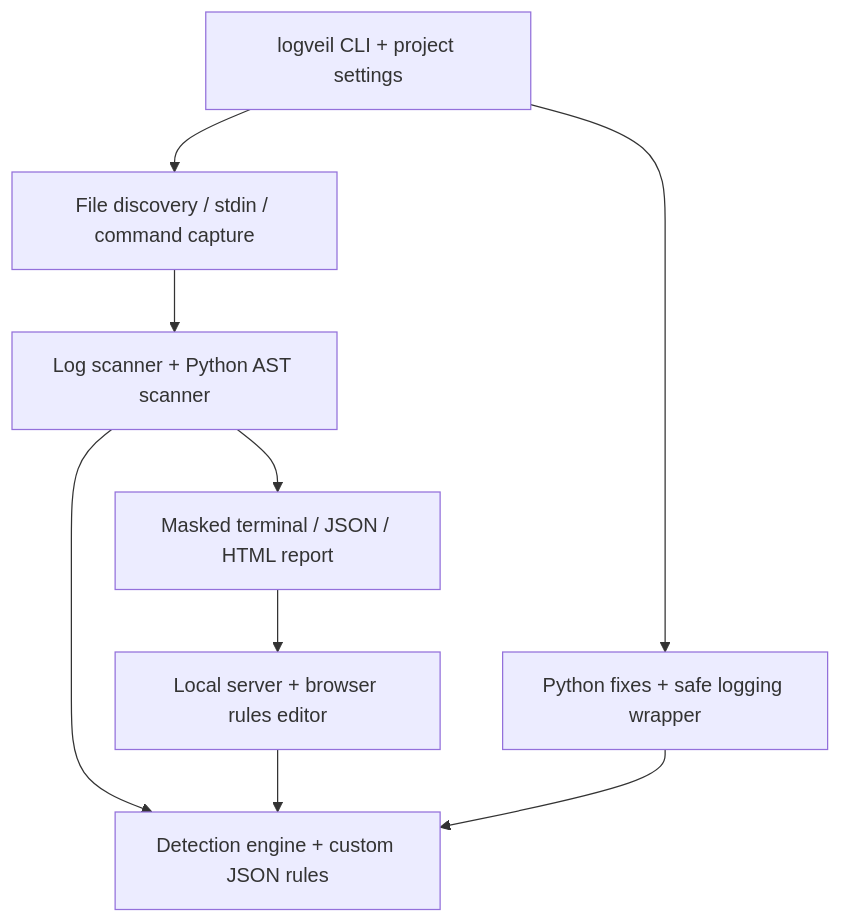
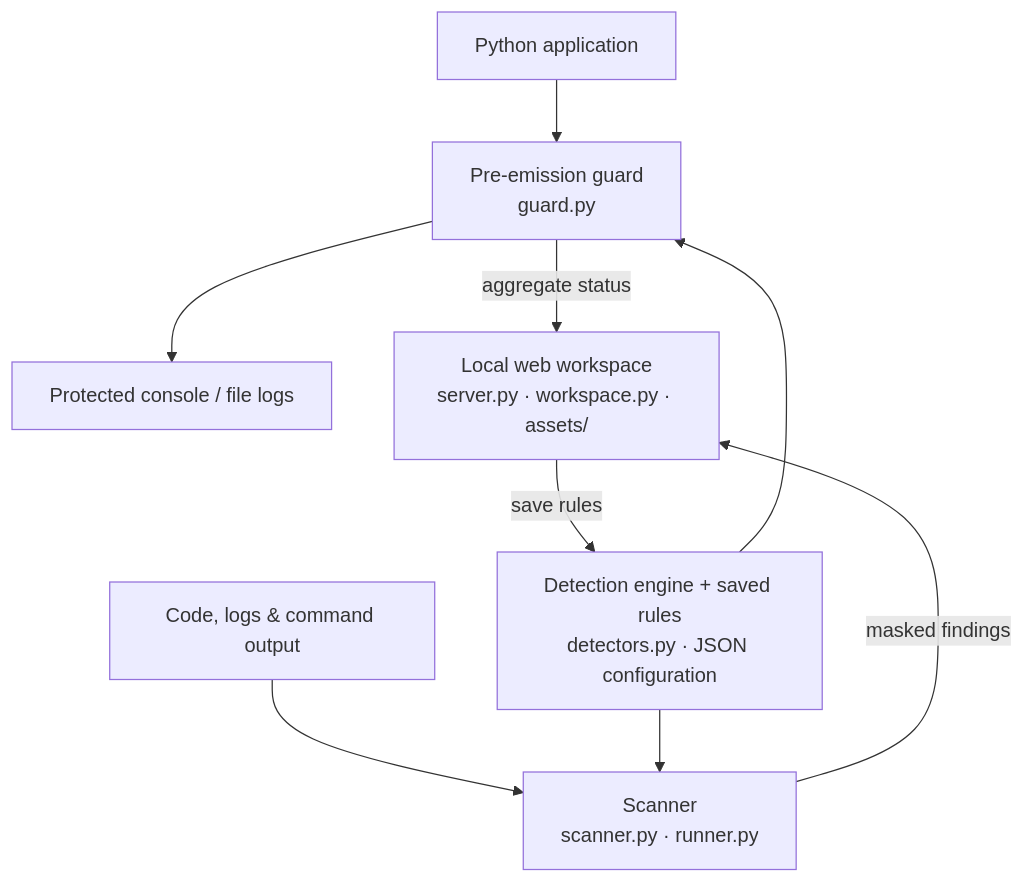
Before and after one commit to TisuPaper/bob: the diagram in README.md, drawn with Mermaid. The commit also changed other lines of this file and 13 other files, not shown here.

````diff
--- a/README.md
+++ b/README.md
@@ -141,11 +11,11 @@
 ```mermaid
 flowchart TD
-    CLI["logveil CLI + project settings"] --> Inputs["File discovery / stdin / command capture"]
-    Inputs --> Scanner["Log scanner + Python AST scanner"]
-    Scanner --> Rules["Detection engine + custom JSON rules"]
-    Scanner --> Report["Masked terminal / JSON / HTML report"]
-    Report --> Web["Local server + browser rules editor"]
-    Web --> Rules
-    CLI --> Fix["Python fixes + safe logging wrapper"]
-    Fix --> Rules
+    App["Python application"] --> Guard["Pre-emission guard<br/>guard.py"]
+    Guard --> Output["Protected console / file logs"]
+    Inputs["Code, logs & command output"] --> Scanner["Scanner<br/>scanner.py · runner.py"]
+    Rules["Detection engine + saved rules<br/>detectors.py · JSON configuration"] --> Guard
+    Rules --> Scanner
+    Scanner -->|masked findings| UI["Local web workspace<br/>server.py · workspace.py · assets/"]
+    Guard -->|aggregate status| UI
+    UI -->|save rules| Rules
 ```
````
